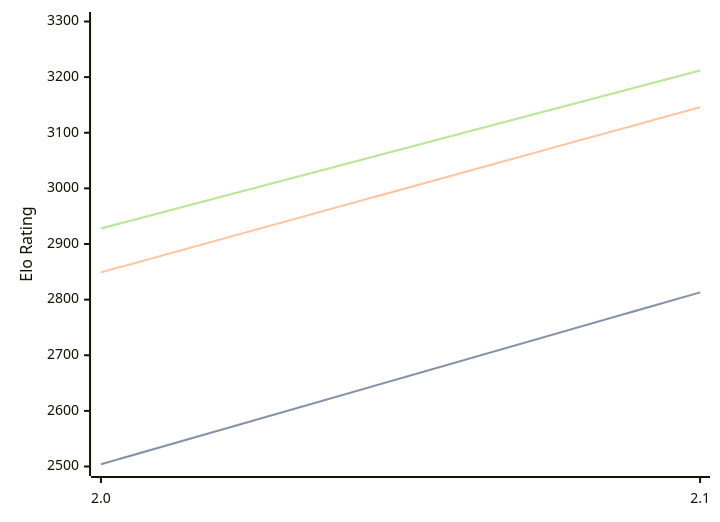
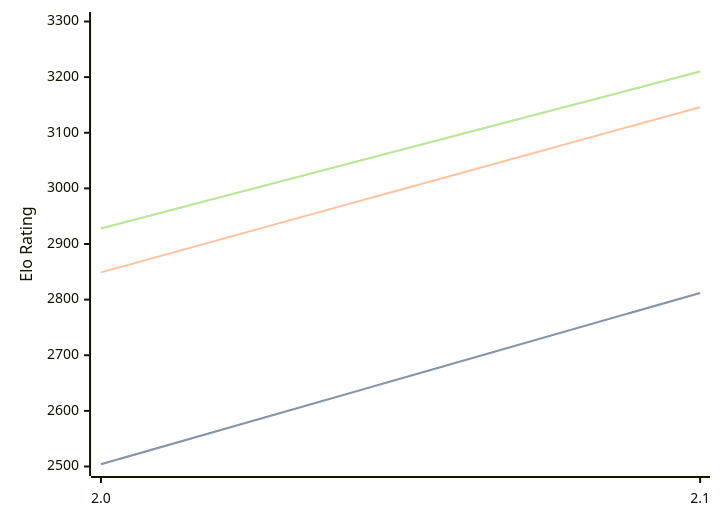
The diagram in engines/Tunguska.md (computer-chess-index/cci), drawn with Mermaid before and after one commit. The commit also changed other lines of this file, not shown here.

Commit message:
Update CCI Ratings (ELO VLTC) - 2026-09-03

````diff
--- a/engines/Tunguska.md
+++ b/engines/Tunguska.md
@@ -32,11 +32,11 @@
 ```mermaid
 %%{init: {"theme":"base","themeVariables":{"seriesColors:['#a3a3a3','#222221','#faa371']}}}%%
 xychart-beta
   x-axis ["2.0", "2.1"]
   y-axis "Elo Rating" 2500 --> 3300
-  line "" [2504, 2813]
-  line "STC (8.0+0.08s)" [2504, 2813]
+  line "" [2504, 2812]
+  line "STC (8.0+0.08s)" [2504, 2812]
   line "LTC (60.0+0.60s)" [2849, 3146]
-  line "" [2928, 3212]
-  line "VLTC (2m24s+1.12s)" [2928, 3212]
+  line "" [2928, 3210]
+  line "VLTC (2m24s+1.12s)" [2928, 3210]
 ```
````
